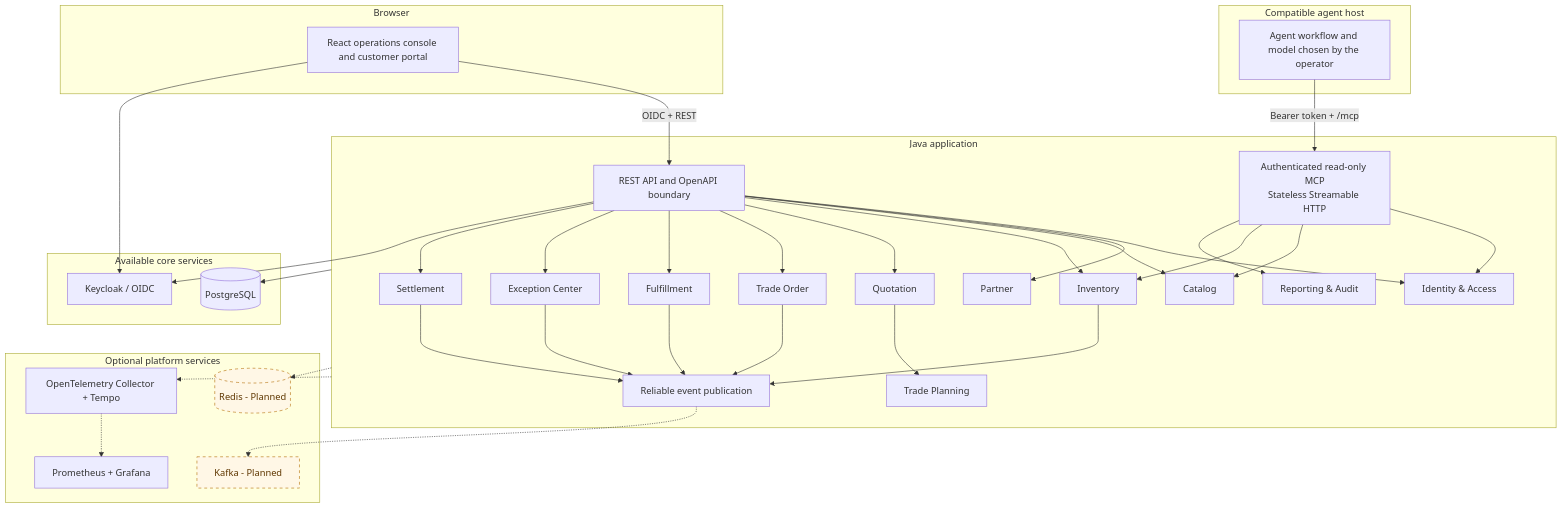
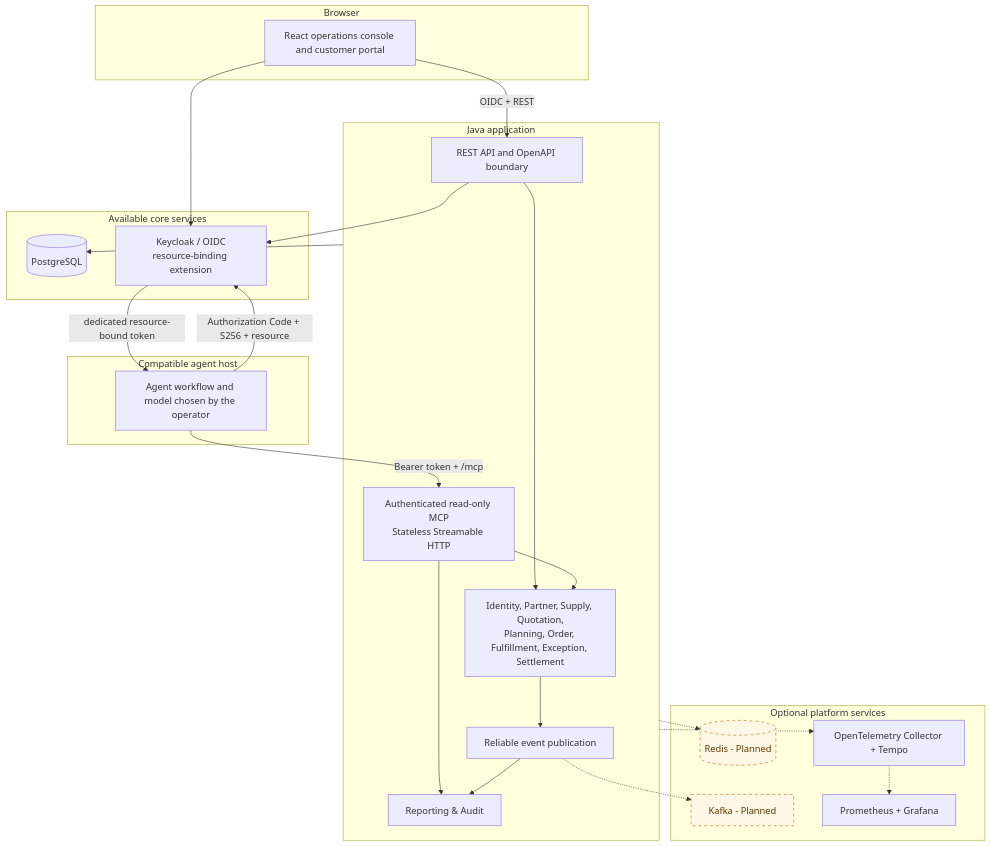
Before and after one commit to RomanticHW/cellarbridge-platform: the second of 4 diagrams in README.md, drawn with Mermaid. The commit also changed other lines of this file and 51 other files, not shown here.

````diff
--- a/README.md
+++ b/README.md
@@ -107,71 +77,50 @@
 ```mermaid
 flowchart TB
     subgraph Browser[Browser]
         UI[React operations console and customer portal]
     end
 
     subgraph AgentRuntime[Compatible agent host]
         AGENT[Agent workflow and model chosen by the operator]
     end
 
     subgraph App[Java application]
         API[REST API and OpenAPI boundary]
         MCP[Authenticated read-only MCP<br/>Stateless Streamable HTTP]
-        IAM[Identity & Access]
-        PAR[Partner]
-        CAT[Catalog]
-        INV[Inventory]
-        QUO[Quotation]
-        TRD[Trade Planning]
-        ORD[Trade Order]
-        FUL[Fulfillment]
-        EXC[Exception Center]
-        SET[Settlement]
+        DOMAINS[Identity, Partner, Supply, Quotation,<br/>Planning, Order, Fulfillment, Exception, Settlement]
         REP[Reporting & Audit]
         EVT[Reliable event publication]
     end
 
     subgraph CorePlatform[Available core services]
         PG[(PostgreSQL)]
-        KC[Keycloak / OIDC]
+        KC[Keycloak / OIDC<br/>resource-binding extension]
     end
 
     subgraph OptionalPlatform[Optional platform services]
         REDIS[(Redis - Planned)]
         KAFKA[Kafka - Planned]
         OTEL[OpenTelemetry Collector + Tempo]
         METRICS[Prometheus + Grafana]
     end
 
     UI -->|OIDC + REST| API
+    AGENT -->|Authorization Code + S256 + resource| KC
+    KC -->|dedicated resource-bound token| AGENT
     AGENT -->|Bearer token + /mcp| MCP
-    API --> IAM
-    API --> PAR
-    API --> CAT
-    API --> INV
-    API --> QUO
-    API --> ORD
-    API --> FUL
-    API --> EXC
-    API --> SET
-    MCP --> IAM
-    MCP --> CAT
-    MCP --> INV
+    API --> DOMAINS
+    MCP --> DOMAINS
     MCP --> REP
-    QUO --> TRD
-    ORD --> EVT
-    INV --> EVT
-    FUL --> EVT
-    EXC --> EVT
-    SET --> EVT
+    DOMAINS --> EVT
+    EVT --> REP
     EVT -.-> KAFKA
     App --> PG
     App -.-> REDIS
     UI --> KC
     API --> KC
     App -.-> OTEL
     OTEL -.-> METRICS
 
     classDef planned fill:#fff7e6,stroke:#b26a00,color:#5f3700,stroke-dasharray:5 5;
     class REDIS,KAFKA planned;
 ```
````
